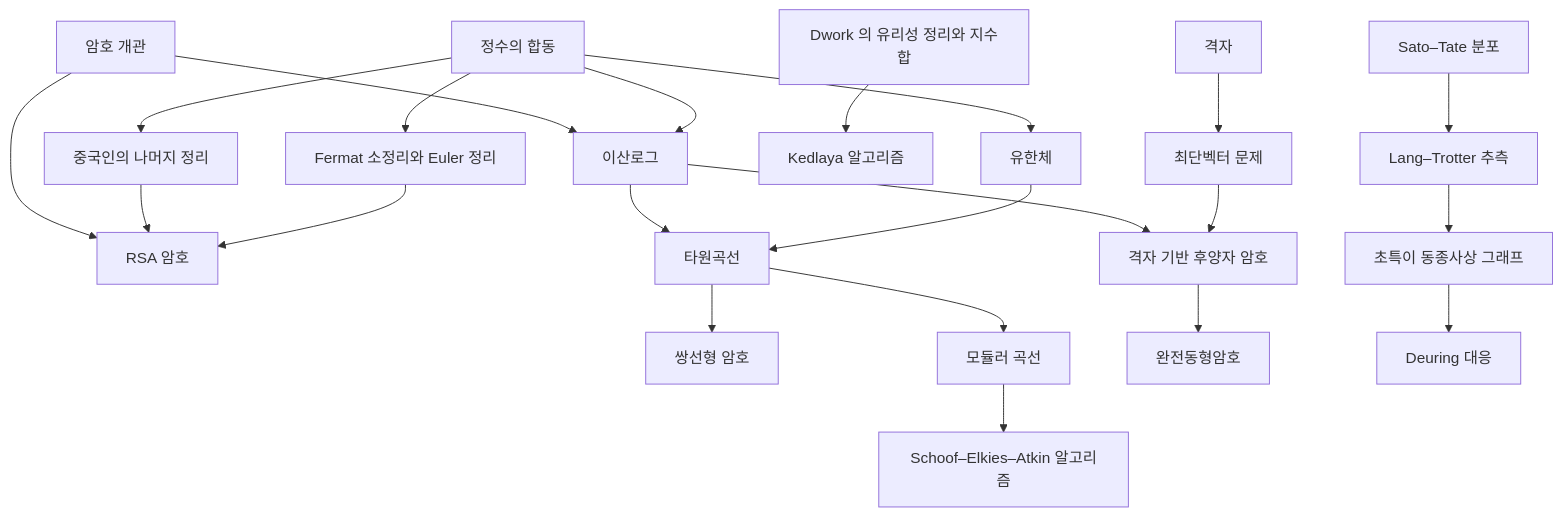
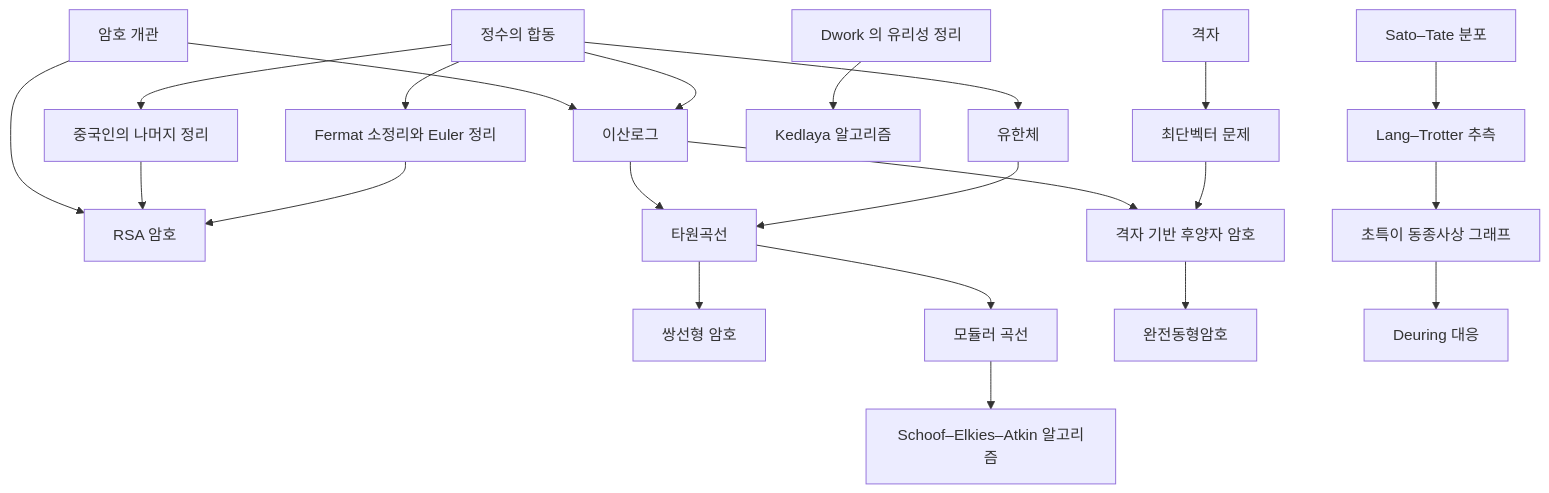
The diagram in docs/cryptography-overview.md (Phryxia/math-map), drawn with Mermaid before and after one commit. The commit also changed 7 other files, not shown here.

````diff
--- a/docs/cryptography-overview.md
+++ b/docs/cryptography-overview.md
@@ -11,24 +11,24 @@
 ```mermaid
 graph TD
   CRY["암호 개관"] --> RSA["RSA 암호"]
   CRY --> DL["이산로그"]
   MOD["정수의 합동"] --> DL
   MOD --> FF["유한체"]
   MOD --> CRT["중국인의 나머지 정리"]
   MOD --> FE["Fermat 소정리와 Euler 정리"]
   CRT --> RSA
   FE --> RSA
   DL --> EC["타원곡선"]
   FF --> EC
   EC --> PBC["쌍선형 암호"]
   EC --> MC["모듈러 곡선"]
   MC --> SEA["Schoof–Elkies–Atkin 알고리즘"]
-  DW["Dwork 의 유리성 정리와 지수합"] --> KED["Kedlaya 알고리즘"]
+  DW["Dwork 의 유리성 정리"] --> KED["Kedlaya 알고리즘"]
   DL --> PQC["격자 기반 후양자 암호"]
   LAT["격자"] --> SVP["최단벡터 문제"]
   SVP --> PQC
   PQC --> FHE["완전동형암호"]
   ST["Sato–Tate 분포"] --> LT["Lang–Trotter 추측"]
   LT --> SIG["초특이 동종사상 그래프"]
   SIG --> DC["Deuring 대응"]
 ```
````
